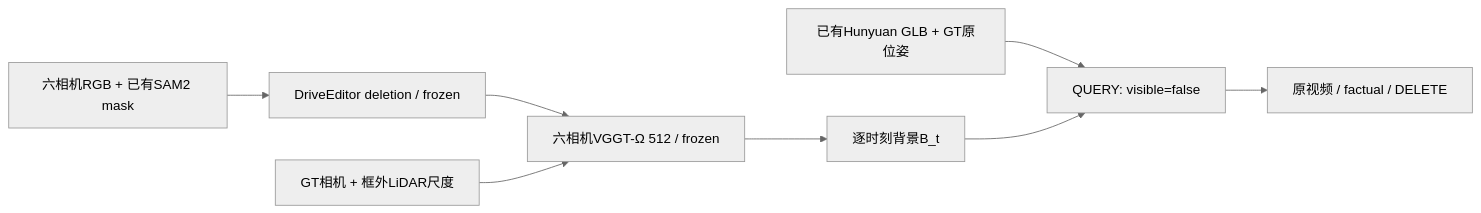
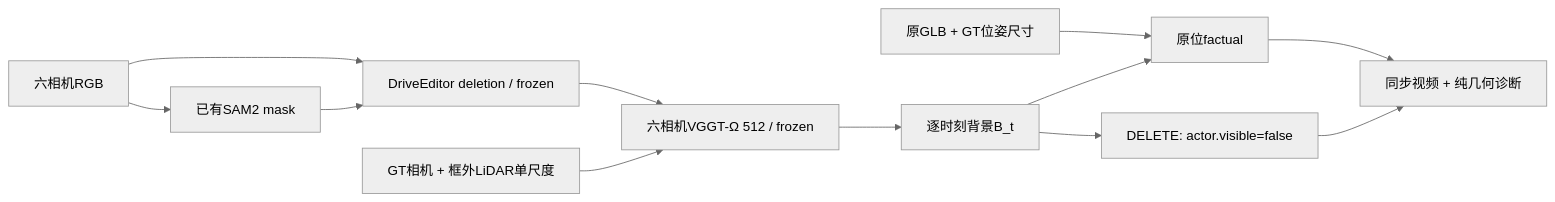
The diagram in docs/v77/DELETE_FULL.md (yunlongdeng123/Motion-Proj), drawn with Mermaid (neutral theme) before and after one commit. The commit also changed other lines of this file and 27 other files, not shown here.

````diff
--- a/docs/v77/DELETE_FULL.md
+++ b/docs/v77/DELETE_FULL.md
@@ -5,10 +9,14 @@
 ```mermaid
 flowchart LR
-  X[六相机RGB + 已有SAM2 mask] --> D[DriveEditor deletion / frozen]
-  D --> O[六相机VGGT-Ω 512 / frozen]
-  G[GT相机 + 框外LiDAR尺度] --> O
-  O --> B[逐时刻背景B_t]
-  A[已有Hunyuan GLB + GT原位姿] --> Q[QUERY: visible=false]
-  B --> Q
-  Q --> R[原视频 / factual / DELETE]
+ X[六相机RGB] --> M[已有SAM2 mask]
+ X --> D[DriveEditor deletion / frozen]
+ M --> D
+ D --> O[六相机VGGT-Ω 512 / frozen]
+ G[GT相机 + 框外LiDAR单尺度] --> O
+ O --> B[逐时刻背景B_t]
+ A[原GLB + GT位姿尺寸] --> F[原位factual]
+ B --> F
+ B --> Q[DELETE: actor.visible=false]
+ F --> R[同步视频 + 纯几何诊断]
+ Q --> R
 ```
````
